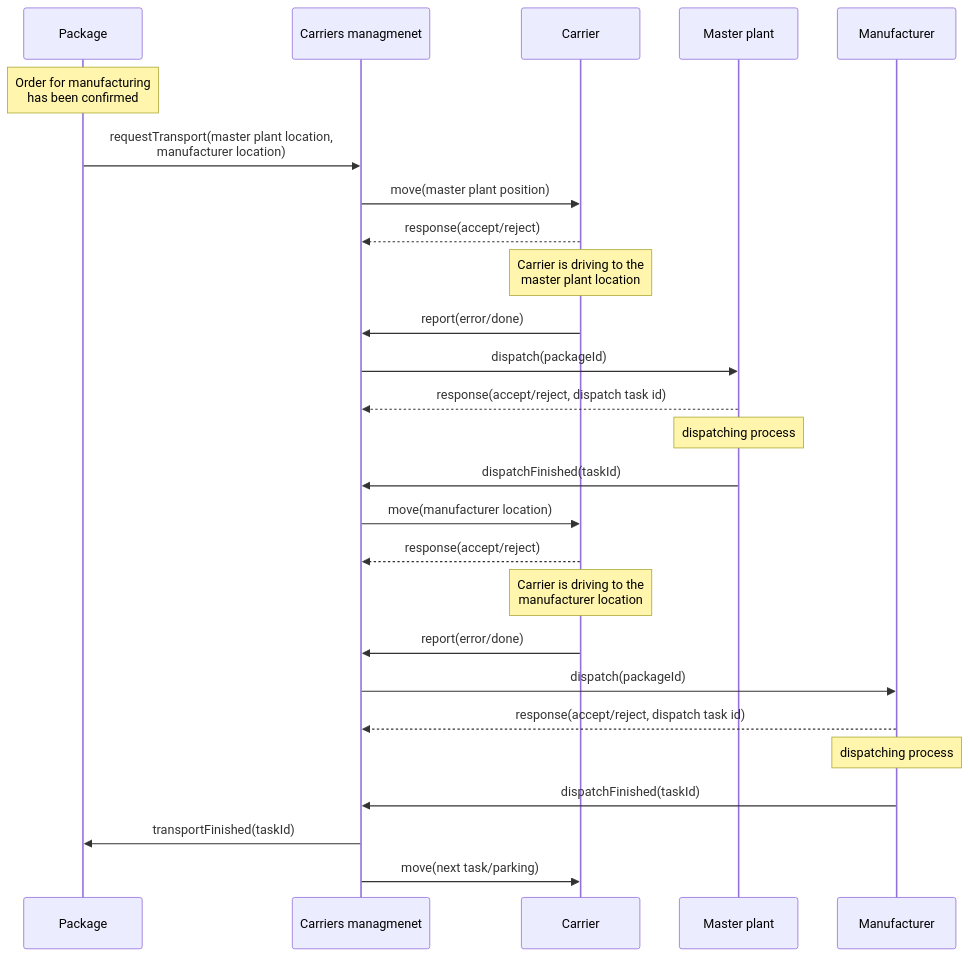
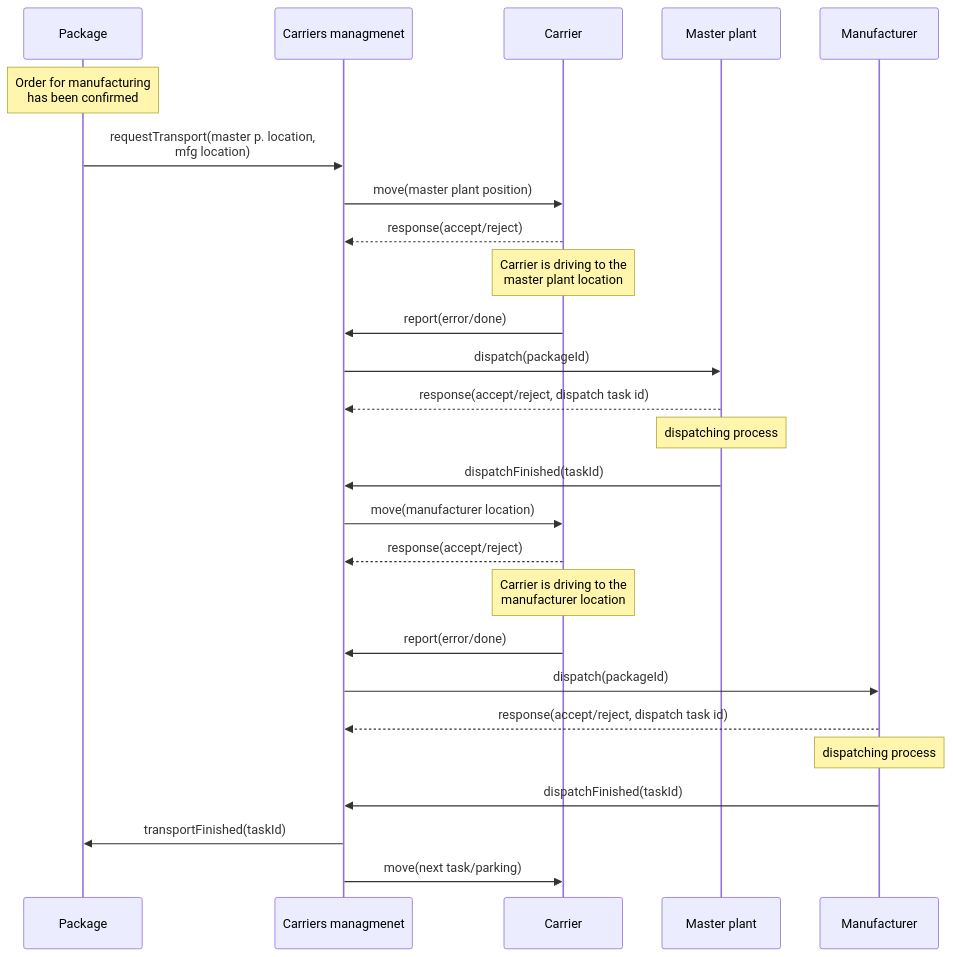
The second of 2 diagrams in README.md (fsprojekti/shr-mfg-platform), drawn with Mermaid before and after one commit.

````diff
--- a/README.md
+++ b/README.md
@@ -75,32 +75,32 @@
 ```mermaid
 
 sequenceDiagram
 participant P as Package
     Note over P: Order for manufacturing <br>has been confirmed
 participant C as Carriers managmenet
 participant A as Carrier
 participant O as Master plant 
 participant M as Manufacturer 
 
-P->>C: requestTransport(master plant location, <br>manufacturer location)
+P->>C: requestTransport(master p. location, <br>mfg location)
 C->>A: move(master plant position)
 A-->>C: response(accept/reject)
 Note over A: Carrier is driving to the <br>master plant location
 A->>C: report(error/done)
 C->>O: dispatch(packageId)
 O-->>C: response(accept/reject, dispatch task id)
 Note over O: dispatching process
 O->>C: dispatchFinished(taskId)
 C->>A: move(manufacturer location)
 
 A-->>C: response(accept/reject)
 Note over A: Carrier is driving to the <br>manufacturer location
 A->>C: report(error/done)
 C->>M: dispatch(packageId)
 M-->>C: response(accept/reject, dispatch task id)
 Note over M: dispatching process
 M->>C: dispatchFinished(taskId)
 C->>P: transportFinished(taskId)
 C->>A: move(next task/parking)
 
 ```
````
